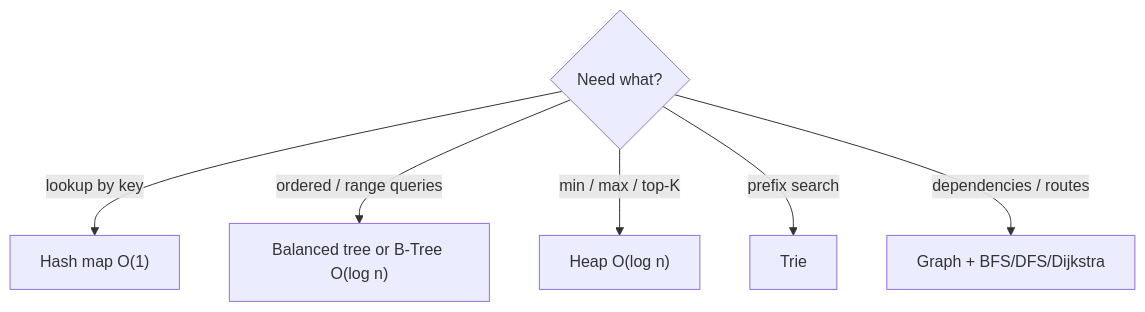
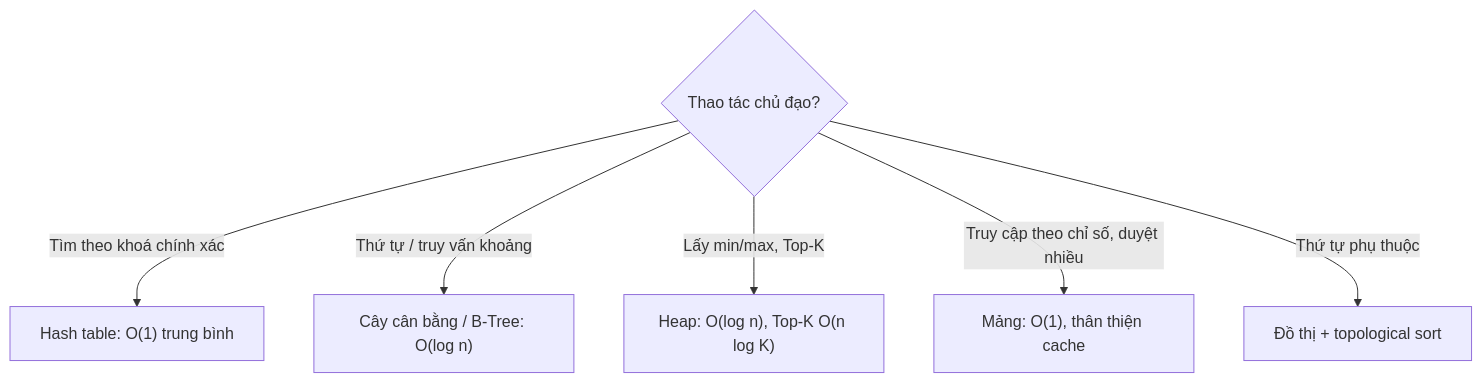
The diagram in src/assets/knowledge/playbooks/fundamentals/data-structures-complexity.md (passion-Infinity/personal-tech-playbook), drawn with Mermaid before and after one commit. The commit also changed other lines of this file and 5 other files, not shown here.

````diff
--- a/src/assets/knowledge/playbooks/fundamentals/data-structures-complexity.md
+++ b/src/assets/knowledge/playbooks/fundamentals/data-structures-complexity.md
@@ -18,8 +42,8 @@
 ```mermaid
 flowchart TD
-    N{Need what?} -->|"lookup by key"| H["Hash map O(1)"]
-    N -->|"ordered / range queries"| T["Balanced tree or B-Tree O(log n)"]
-    N -->|"min / max / top-K"| P["Heap O(log n)"]
-    N -->|"prefix search"| TR[Trie]
-    N -->|"dependencies / routes"| G["Graph + BFS/DFS/Dijkstra"]
+    Q{"Thao tác chủ đạo?"} -->|"Tìm theo khoá chính xác"| H["Hash table: O(1) trung bình"]
+    Q -->|"Thứ tự / truy vấn khoảng"| T["Cây cân bằng / B-Tree: O(log n)"]
+    Q -->|"Lấy min/max, Top-K"| HP["Heap: O(log n), Top-K O(n log K)"]
+    Q -->|"Truy cập theo chỉ số, duyệt nhiều"| A["Mảng: O(1), thân thiện cache"]
+    Q -->|"Thứ tự phụ thuộc"| G["Đồ thị + topological sort"]
 ```
````
